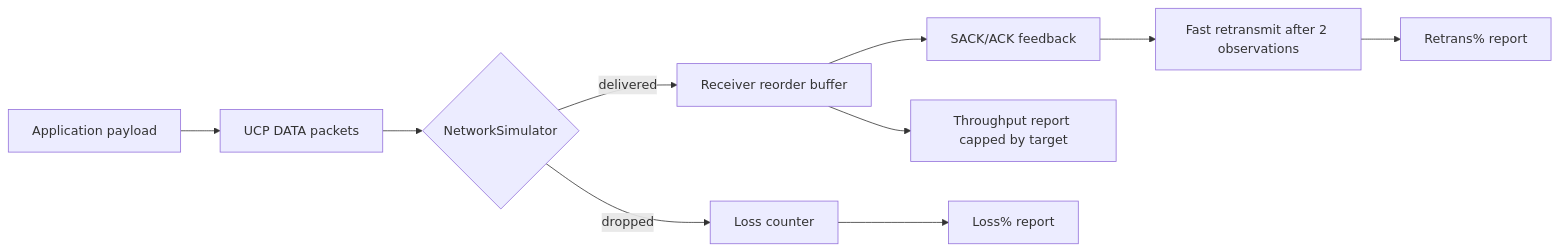
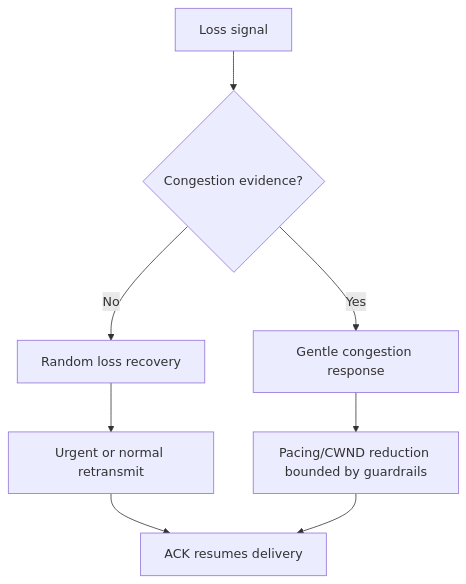
One commit to liulilittle/ucp changed the first of 4 diagrams in docs/protocol.md. Above: the diagram before and after it, drawn with Mermaid. The commit also changed other lines of this file and 19 other files, not shown here.

Commit message:
Update the congestion control protocol documentation and continuously tune throughput performance across multiple scenarios.

````diff
--- a/docs/protocol.md
+++ b/docs/protocol.md
@@ -218,12 +9,10 @@
 ```mermaid
-flowchart LR
-    A[Application payload] --> B[UCP DATA packets]
-    B --> C{NetworkSimulator}
-    C -->|delivered| D[Receiver reorder buffer]
-    C -->|dropped| E[Loss counter]
-    D --> F[SACK/ACK feedback]
-    F --> G[Fast retransmit after 2 observations]
-    E --> H[Loss% report]
-    G --> I[Retrans% report]
-    D --> J[Throughput report capped by target]
+flowchart TD
+    Loss[Loss signal] --> Classifier{Congestion evidence?}
+    Classifier -->|No| Random[Random loss recovery]
+    Classifier -->|Yes| Congestion[Gentle congestion response]
+    Random --> Repair[Urgent or normal retransmit]
+    Congestion --> Reduce[Pacing/CWND reduction bounded by guardrails]
+    Repair --> Ack[ACK resumes delivery]
+    Reduce --> Ack
 ```
````
